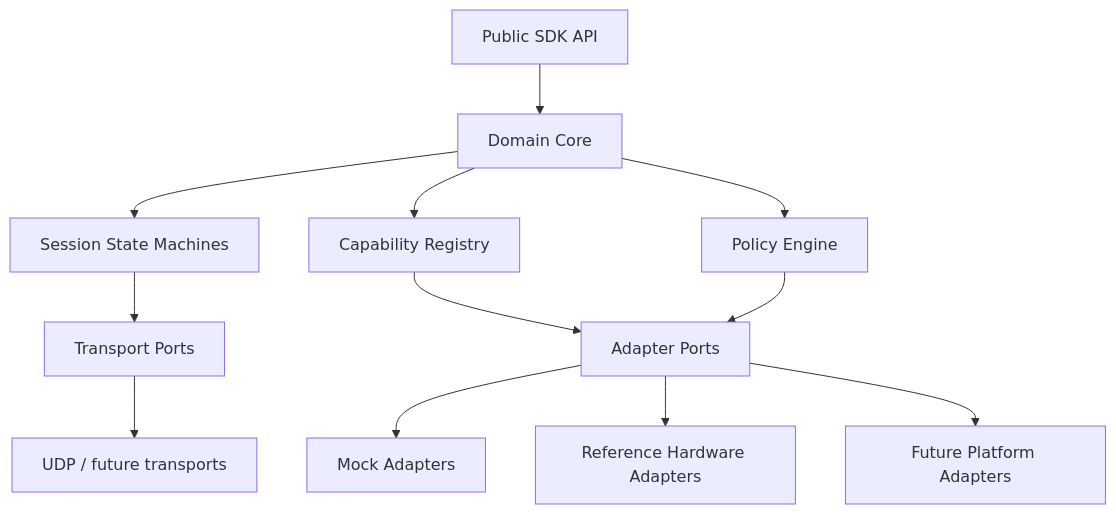
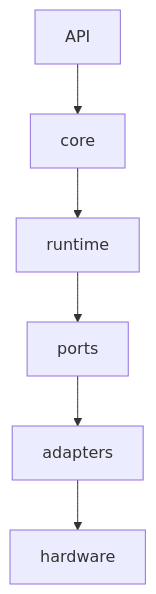
The first of 2 diagrams in docs/SDK/bible/SDK_SUBSYSTEM_DESIGN.md (anantheparty/meiso_glass), drawn with Mermaid before and after one commit. The commit also changed other lines of this file and 2 other files, not shown here.

Commit message:
Refine SDK power model docs

````diff
--- a/docs/SDK/bible/SDK_SUBSYSTEM_DESIGN.md
+++ b/docs/SDK/bible/SDK_SUBSYSTEM_DESIGN.md
@@ -9,16 +11,8 @@
 ```mermaid
 flowchart TB
-  PublicAPI[Public SDK API] --> Domain[Domain Core]
-  Domain --> Session[Session State Machines]
-  Domain --> Capability[Capability Registry]
-  Domain --> Policy[Policy Engine]
-
-  Session --> TransportPorts[Transport Ports]
-  Capability --> AdapterPorts[Adapter Ports]
-  Policy --> AdapterPorts
-
-  TransportPorts --> UDP[UDP / future transports]
-  AdapterPorts --> Mock[Mock Adapters]
-  AdapterPorts --> Reference[Reference Hardware Adapters]
-  AdapterPorts --> Future[Future Platform Adapters]
+  API[API] --> Core[core]
+  Core --> Runtime[runtime]
+  Runtime --> Ports[ports]
+  Ports --> Adapters[adapters]
+  Adapters --> Hardware[hardware]
 ```
````
